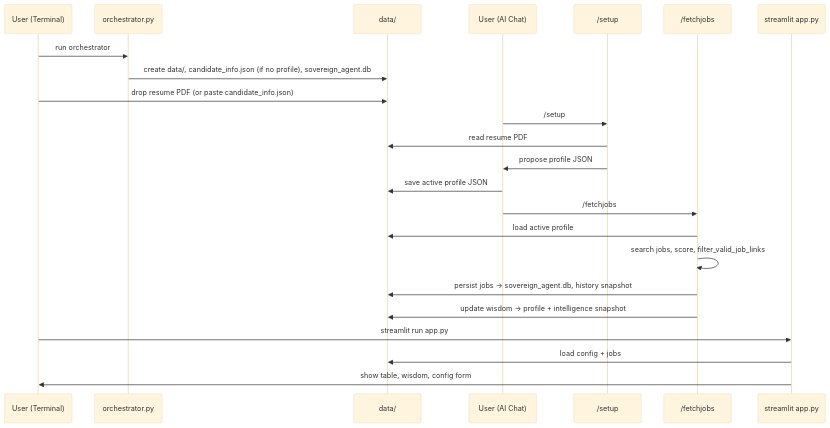
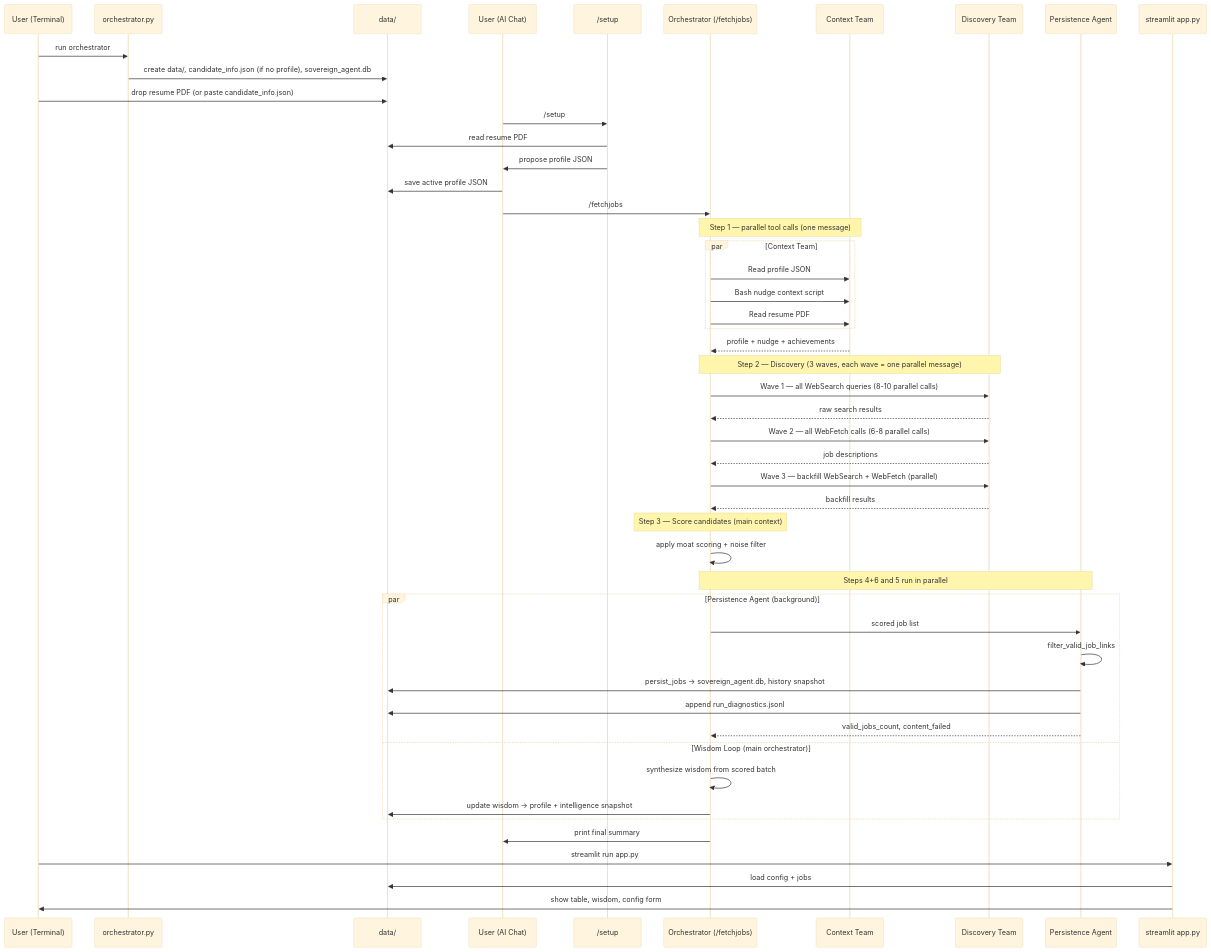
Before and after one commit to subhomoyghosh/career_center: the diagram in README.md, drawn with Mermaid (base theme). The commit also changed other lines of this file and 2 other files, not shown here.

Commit message:
improve setting for subagents

````diff
--- a/README.md
+++ b/README.md
@@ -116,29 +122,61 @@
 ```mermaid
 sequenceDiagram
     participant U as User (Terminal)
     participant O as orchestrator.py
     participant D as data/
     participant A as User (AI Chat)
     participant S as /setup
-    participant F as /fetchjobs
+    participant F as Orchestrator (/fetchjobs)
+    participant CT as Context Team
+    participant DT as Discovery Team
+    participant PA as Persistence Agent
     participant App as streamlit app.py
 
     U->>O: run orchestrator
     O->>D: create data/, candidate_info.json (if no profile), sovereign_agent.db
     U->>D: drop resume PDF (or paste candidate_info.json)
 
     A->>S: /setup
     S->>D: read resume PDF
     S->>A: propose profile JSON
     A->>D: save active profile JSON
 
     A->>F: /fetchjobs
-    F->>D: load active profile
-    F->>F: search jobs, score, filter_valid_job_links
-    F->>D: persist jobs → sovereign_agent.db, history snapshot
-    F->>D: update wisdom → profile + intelligence snapshot
+
+    note over F,CT: Step 1 — parallel tool calls (one message)
+    par Context Team
+        F->>CT: Read profile JSON
+        F->>CT: Bash nudge context script
+        F->>CT: Read resume PDF
+    end
+    CT-->>F: profile + nudge + achievements
+
+    note over F,DT: Step 2 — Discovery (3 waves, each wave = one parallel message)
+    F->>DT: Wave 1 — all WebSearch queries (8-10 parallel calls)
+    DT-->>F: raw search results
+    F->>DT: Wave 2 — all WebFetch calls (6-8 parallel calls)
+    DT-->>F: job descriptions
+    F->>DT: Wave 3 — backfill WebSearch + WebFetch (parallel)
+    DT-->>F: backfill results
+
+    note over F: Step 3 — Score candidates (main context)
+    F->>F: apply moat scoring + noise filter
+
+    note over F,PA: Steps 4+6 and 5 run in parallel
+    par Persistence Agent (background)
+        F->>PA: scored job list
+        PA->>PA: filter_valid_job_links
+        PA->>D: persist_jobs → sovereign_agent.db, history snapshot
+        PA->>D: append run_diagnostics.jsonl
+        PA-->>F: valid_jobs_count, content_failed
+    and Wisdom Loop (main orchestrator)
+        F->>F: synthesize wisdom from scored batch
+        F->>D: update wisdom → profile + intelligence snapshot
+    end
+
+    F->>A: print final summary
 
     U->>App: streamlit run app.py
     App->>D: load config + jobs
     App->>U: show table, wisdom, config form
 ```
````
